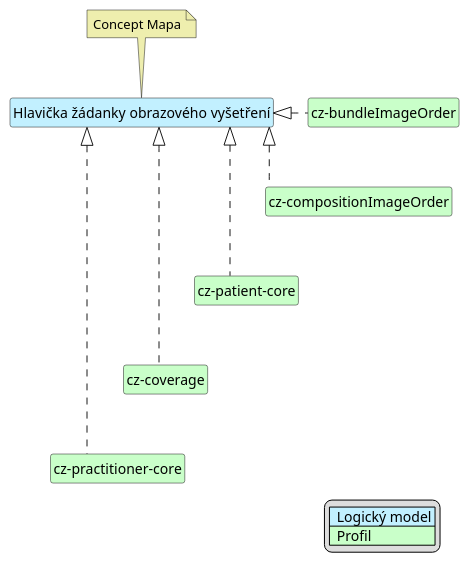
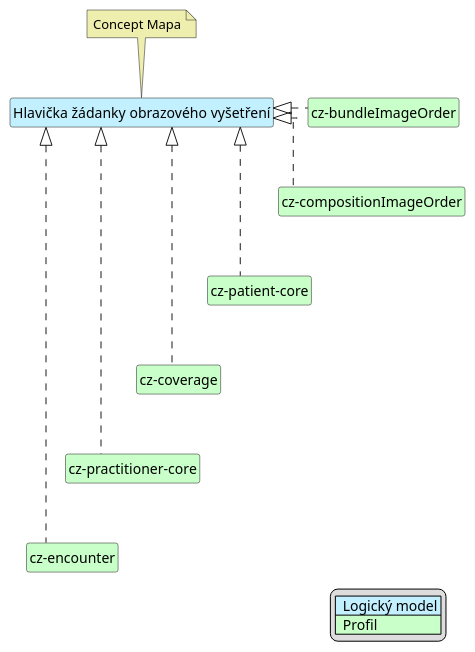
The diagram in input/images-source/imgOrderHead-map-cs.plantuml (HL7-cz/img-order), drawn with PlantUML before and after one commit. The commit also changed 16 other files, not shown here.

```diff
--- a/input/images-source/imgOrderHead-map-cs.plantuml
+++ b/input/images-source/imgOrderHead-map-cs.plantuml
@@ -1,43 +1,46 @@
 @startuml
 hide circle
 hide stereotype
 hide members
 hide methods
 skinparam linetype ortho
 skinparam class {
 BackgroundColor<<LogicalModel>> #APPLICATION
 BackgroundColor<<Profile>> #TECHNOLOGY
 }
 legend right
 | <#APPLICATION>  Logický model |
 | <#TECHNOLOGY>  Profil |
 endlegend
 class "Hlavička žádanky obrazového vyšetření" <<LogicalModel>> [[StructureDefinition-HeaderImagingOrder.html]]
 note top #EEEEAE [[ConceptMap-HeaderImagingOrder2FHIR-cz.html]]
 Concept Mapa
 endnote
 /'
 class "Additional Recipient" <<LogicalModel>> [[StructureDefinition-AdditionalRecipientCz.html]]
 class "Author" <<LogicalModel>> [[StructureDefinition-AuthorCz.html]]
 class "Information about coverage" <<LogicalModel>> [[StructureDefinition-CoverageOrderCz.html]]
 class "Document metadata" <<LogicalModel>> [[StructureDefinition-DocumentMetadataCz.html]]
 class "Health insurance and payment information" <<LogicalModel>> [[StructureDefinition-PayerCz.html]]
 class "Requested Performer" <<LogicalModel>> [[StructureDefinition-RequestedPerformerCz.html]]
 class "Identification" <<LogicalModel>> [[StructureDefinition-SubjectCz.html]]
 class "Related contact information of the Patient/subject" <<LogicalModel>> [[StructureDefinition-SubjectCz.html]]
 '/
+class "cz-encounter" <<Profile>> [[https://build.fhir.org/ig/HL7-cz/cz-core/StructureDefinition-cz-encounter.html]]
 class "cz-coverage" <<Profile>> [[https://build.fhir.org/ig/HL7-cz/cz-core/StructureDefinition-cz-coverage.html]]
 class "cz-patient-core" <<Profile>> [[https://build.fhir.org/ig/HL7-cz/cz-core/StructureDefinition-cz-patient-core.html]]
 class "cz-practitioner-core" <<Profile>> [[https://build.fhir.org/ig/HL7-cz/cz-core/StructureDefinition-cz-practitioner-core.html]]
 class "cz-bundleImageOrder" <<Profile>> [[StructureDefinition-cz-bundleImageOrder.html]]
 class "cz-compositionImageOrder" <<Profile>> [[StructureDefinition-cz-compositionImageOrder.html]]
 "Hlavička žádanky obrazového vyšetření" <|. "cz-compositionImageOrder"
 "Hlavička žádanky obrazového vyšetření" <|. "cz-bundleImageOrder"
 "Hlavička žádanky obrazového vyšetření" <|. "cz-patient-core"
 "Hlavička žádanky obrazového vyšetření" <|. "cz-coverage"
 "Hlavička žádanky obrazového vyšetření" <|. "cz-practitioner-core"
+"Hlavička žádanky obrazového vyšetření" <|. "cz-encounter"
 "cz-bundleImageOrder" -d[hidden]-> "cz-compositionImageOrder"
 "cz-compositionImageOrder" -d[hidden]-> "cz-patient-core"
 "cz-patient-core" -d[hidden]-> "cz-coverage"
 "cz-coverage" -d[hidden]-> "cz-practitioner-core"
+"cz-practitioner-core" -d[hidden]-> "cz-encounter"
 @enduml
```
